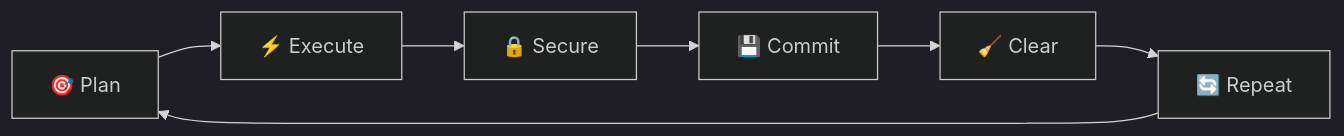
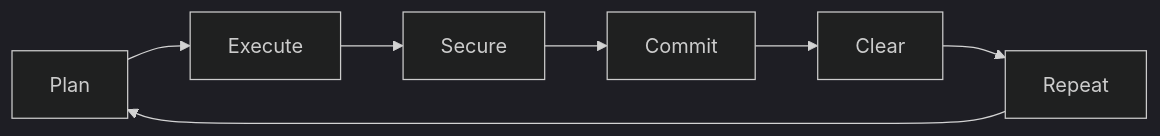
Before and after one commit to freshgr4m/claude-code-trucchi-nascosti: the first of 2 diagrams in README.md, drawn with Mermaid (dark theme). The commit also changed other lines of this file, not shown here.

````diff
--- a/README.md
+++ b/README.md
@@ -264,9 +274,9 @@
 ```mermaid
 graph LR
-    A[🎯 Plan] --> B[⚡ Execute]
-    B --> C[🔒 Secure]
-    C --> D[💾 Commit]
-    D --> E[🧹 Clear]
-    E --> F[🔄 Repeat]
+    A[Plan] --> B[Execute]
+    B --> C[Secure]
+    C --> D[Commit]
+    D --> E[Clear]
+    E --> F[Repeat]
     F --> A
 ```
````
